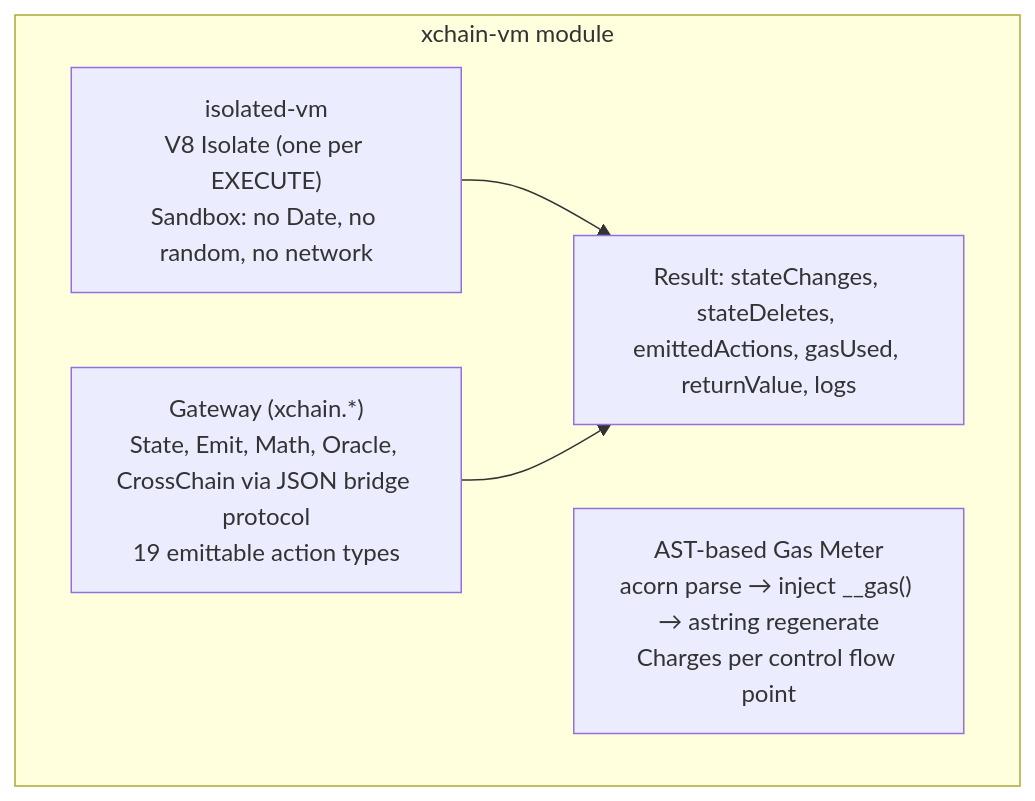
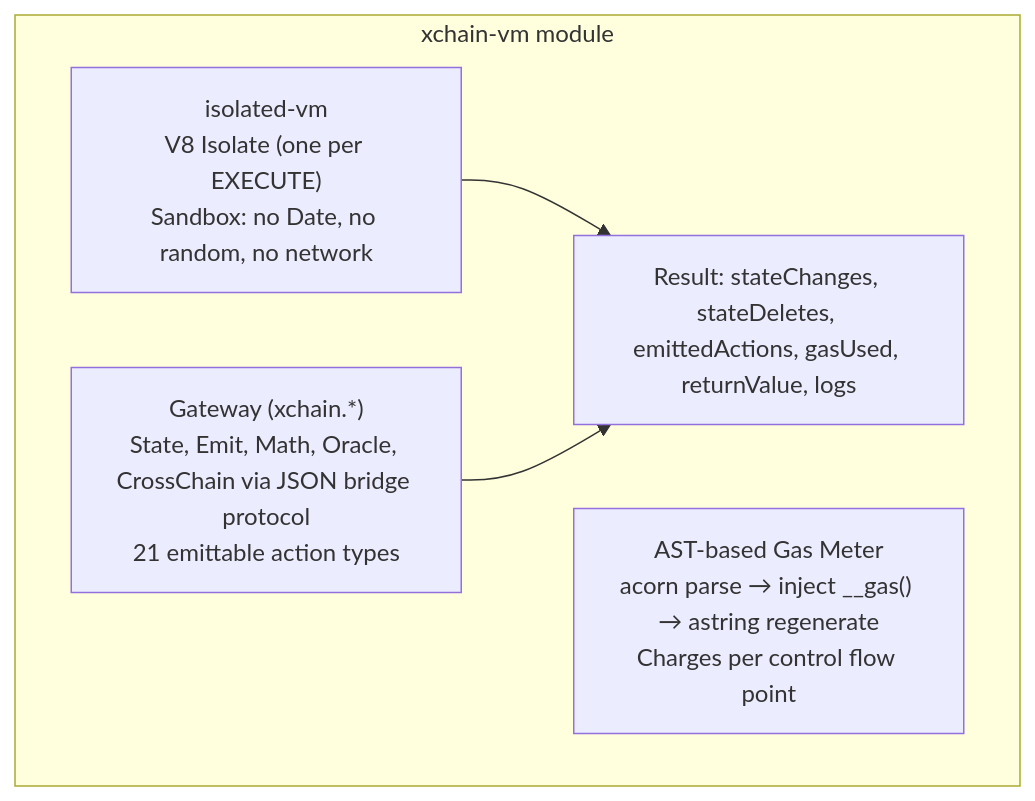
One commit to XChain-Platform/xchain-documentation changed the third of 4 diagrams in components/indexer/architecture.md. Above: the diagram before and after it, drawn with Mermaid. The commit also changed 1 other file, not shown here.

Commit message:
State the 21 VM-emittable action types on the vm and indexer pages (#9711)

````diff
--- a/components/indexer/architecture.md
+++ b/components/indexer/architecture.md
@@ -99,12 +99,12 @@
 ```mermaid
 flowchart TD
     subgraph VM["xchain-vm module"]
         ISOVM["isolated-vm<br>V8 Isolate (one per EXECUTE)<br>Sandbox: no Date, no random, no network"]
         GASMETER["AST-based Gas Meter<br>acorn parse → inject __gas() → astring regenerate<br>Charges per control flow point"]
-        GATEWAY["Gateway (xchain.*)<br>State, Emit, Math, Oracle, CrossChain via JSON bridge protocol<br>19 emittable action types"]
+        GATEWAY["Gateway (xchain.*)<br>State, Emit, Math, Oracle, CrossChain via JSON bridge protocol<br>21 emittable action types"]
         RESULT["Result: stateChanges, stateDeletes, emittedActions, gasUsed, returnValue, logs"]
 
         ISOVM --> RESULT
         GATEWAY --> RESULT
     end
 ```
````
